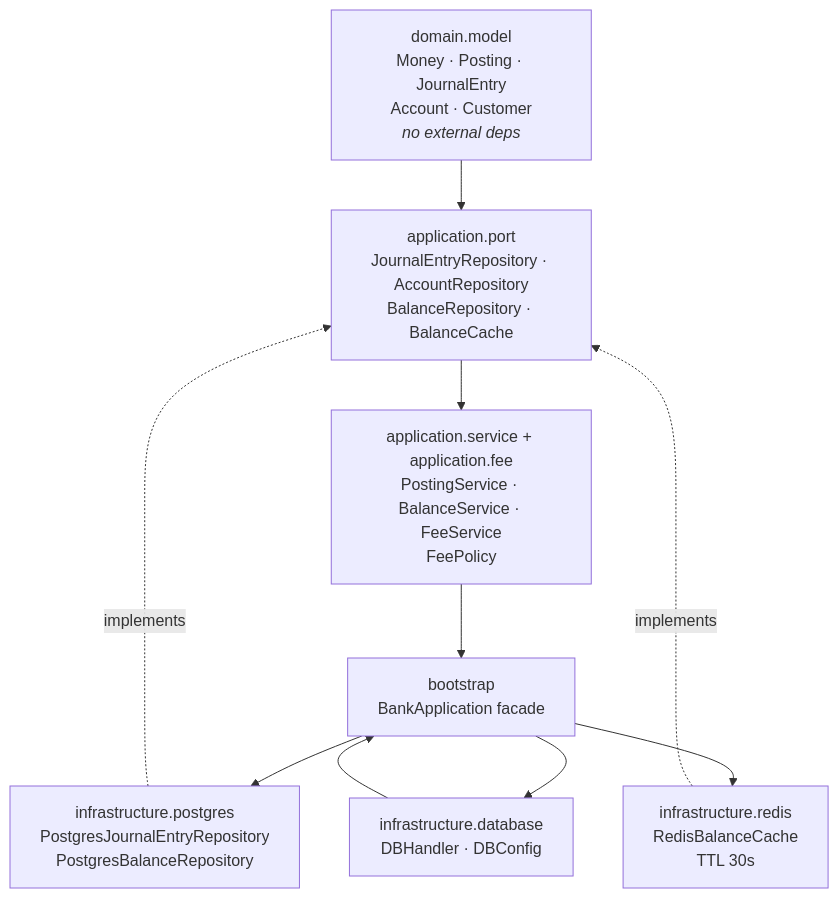
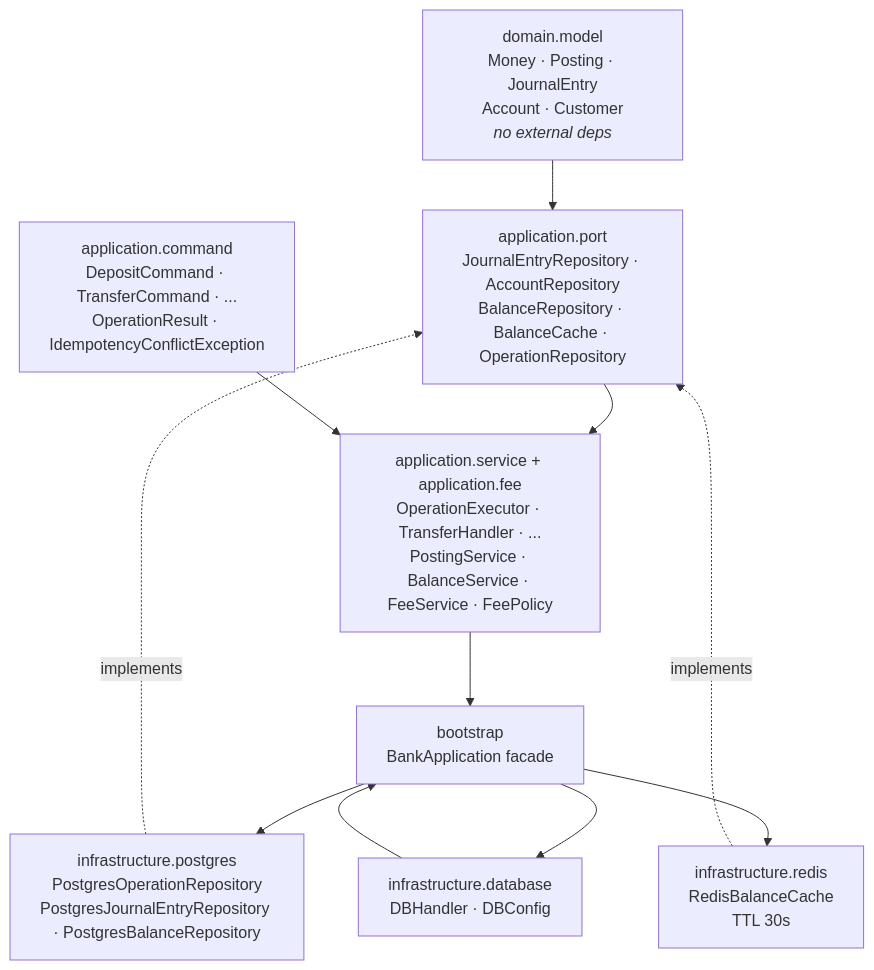
Before and after one commit to N2Banking/N2BankCore: the first of 4 diagrams in docs/ARCHITECTURE.md, drawn with Mermaid. The commit also changed other lines of this file and 39 other files, not shown here.

````diff
--- a/docs/ARCHITECTURE.md
+++ b/docs/ARCHITECTURE.md
@@ -26,20 +27,22 @@
 ```mermaid
 flowchart TD
     Domain["domain.model<br/>Money · Posting · JournalEntry<br/>Account · Customer<br/><i>no external deps</i>"]
-    Ports["application.port<br/>JournalEntryRepository · AccountRepository<br/>BalanceRepository · BalanceCache"]
-    Services["application.service + application.fee<br/>PostingService · BalanceService · FeeService<br/>FeePolicy"]
-    InfraPG["infrastructure.postgres<br/>PostgresJournalEntryRepository<br/>PostgresBalanceRepository"]
+    Commands["application.command<br/>DepositCommand · TransferCommand · ...<br/>OperationResult · IdempotencyConflictException"]
+    Ports["application.port<br/>JournalEntryRepository · AccountRepository<br/>BalanceRepository · BalanceCache · OperationRepository"]
+    Services["application.service + application.fee<br/>OperationExecutor · TransferHandler · ...<br/>PostingService · BalanceService · FeeService · FeePolicy"]
+    InfraPG["infrastructure.postgres<br/>PostgresOperationRepository<br/>PostgresJournalEntryRepository · PostgresBalanceRepository"]
     InfraRedis["infrastructure.redis<br/>RedisBalanceCache<br/>TTL 30s"]
     InfraDB["infrastructure.database<br/>DBHandler · DBConfig"]
     Bootstrap["bootstrap<br/>BankApplication facade"]
 
     Domain --> Ports
     Ports --> Services
+    Commands --> Services
     Services --> Bootstrap
     InfraPG -. implements .-> Ports
     InfraRedis -. implements .-> Ports
     InfraDB --> Bootstrap
     Bootstrap --> InfraPG
     Bootstrap --> InfraRedis
     Bootstrap --> InfraDB
 ```
````
